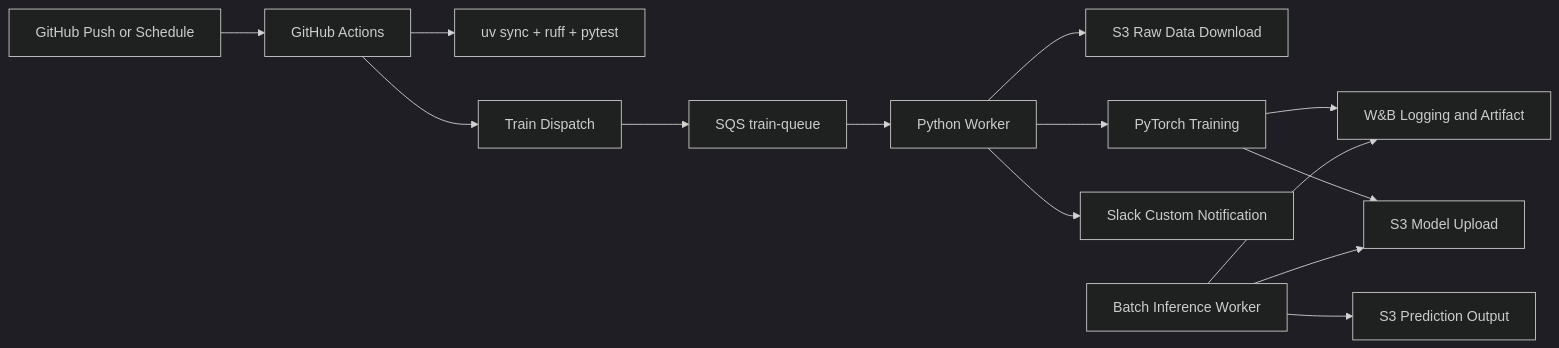
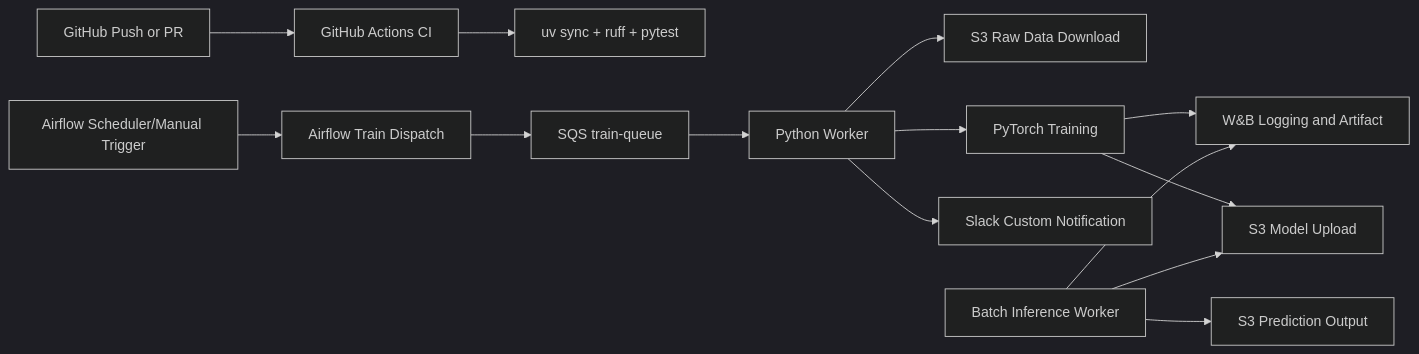
Before and after one commit to AIBootcamp24th/mlops-mlops-team-3: the diagram in README.md, drawn with Mermaid (dark theme). The commit also changed other lines of this file and 27 other files, not shown here.

````diff
--- a/README.md
+++ b/README.md
@@ -46,16 +46,16 @@
 ```mermaid
 graph LR
-  A[GitHub Push or Schedule] --> B[GitHub Actions]
+  A[GitHub Push or PR] --> B[GitHub Actions CI]
+  N[Airflow Scheduler/Manual Trigger] --> D
   B --> C[uv sync + ruff + pytest]
-  B --> D[Train Dispatch]
-  D --> E[SQS train-queue]
+  D[Airflow Train Dispatch] --> E[SQS train-queue]
   E --> F[Python Worker]
   F --> G[S3 Raw Data Download]
   F --> H[PyTorch Training]
   H --> I[W&B Logging and Artifact]
   H --> J[S3 Model Upload]
   F --> K[Slack Custom Notification]
   L[Batch Inference Worker] --> J
   L --> M[S3 Prediction Output]
   L --> I
 ```
````
